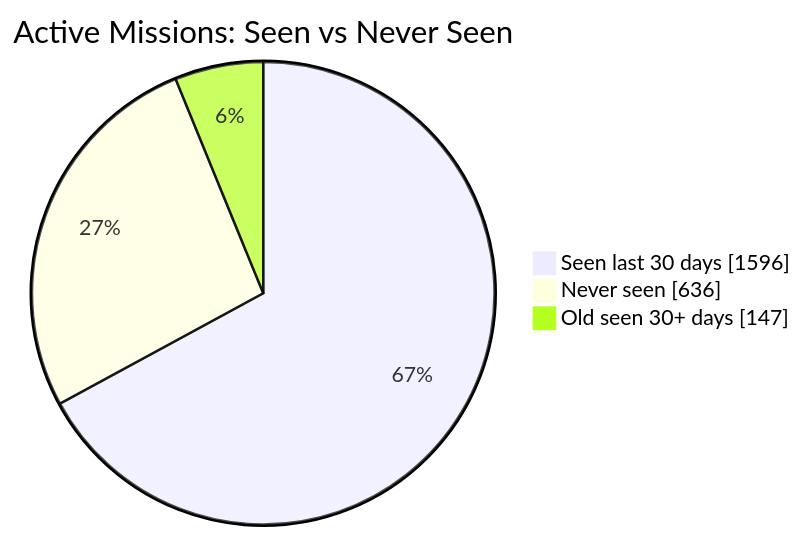
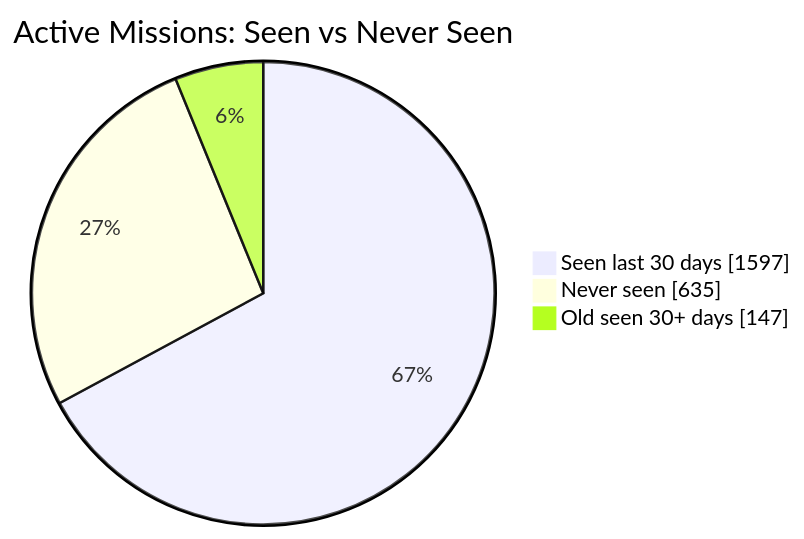
One commit to MeldkamerspelGameTeam/active-missions changed the first of 2 diagrams in README.md. Above: the diagram before and after it, drawn with Mermaid. The commit also changed other lines of this file and 2 other files, not shown here.

````diff
--- a/README.md
+++ b/README.md
@@ -34,7 +34,7 @@
 ```mermaid
 pie showData
     title Active Missions: Seen vs Never Seen
-    "Seen last 30 days" : 1596
-    "Never seen" : 636
+    "Seen last 30 days" : 1597
+    "Never seen" : 635
     "Old seen 30+ days" : 147
 ```
````
